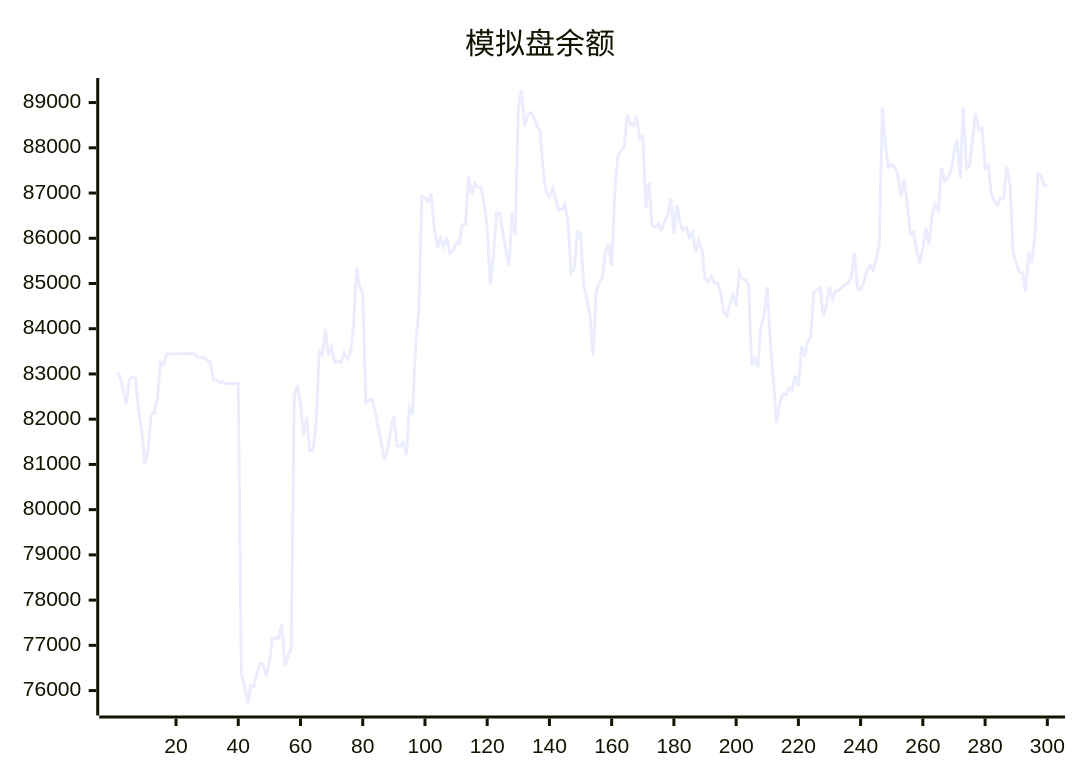
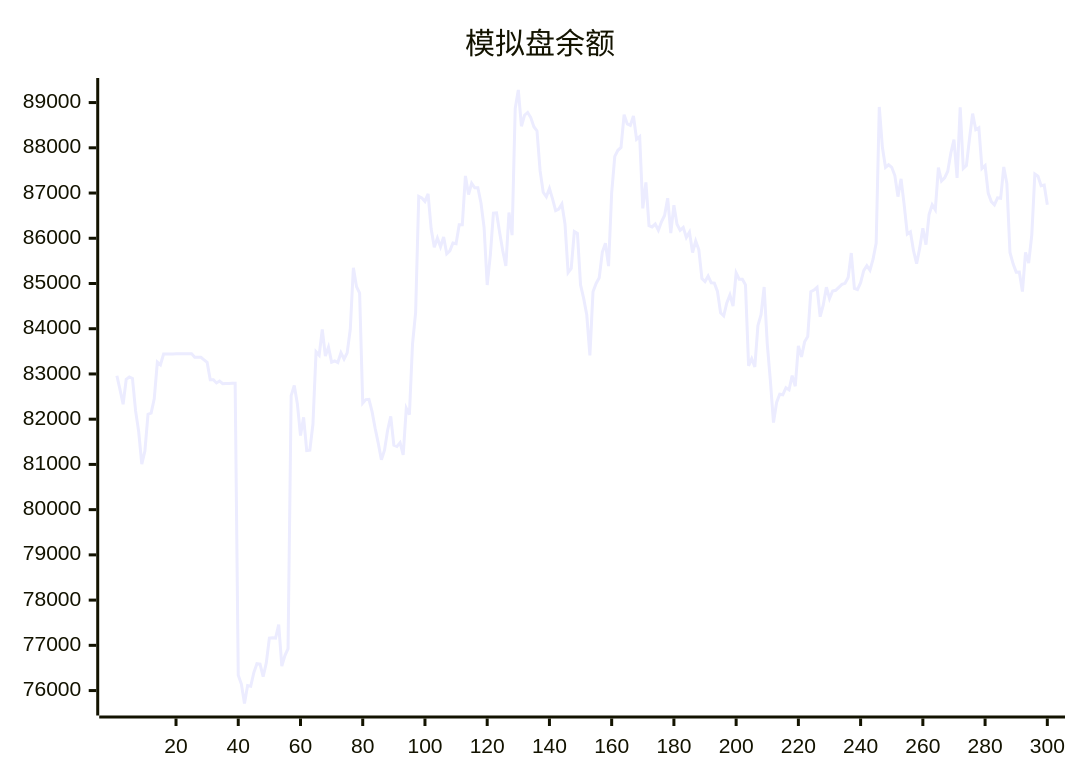
Before and after one commit to aahl/ai-trading: the diagram in README.md, drawn with Mermaid. The commit also changed other lines of this file and 1 other file, not shown here.

````diff
--- a/README.md
+++ b/README.md
@@ -5,5 +5,5 @@
 ```mermaid
 xychart
     title "模拟盘余额"
-    line [83032,82960,82654,82330,82883,82934,82901,82188,81728,81005,81298,82110,82135,82449,83264,83203,83440,83439,83440,83440,83446,83447,83448,83447,83448,83449,83369,83369,83369,83313,83256,82872,82873,82801,82844,82785,82791,82791,82793,82794,76339,76145,75714,76110,76096,76397,76594,76585,76310,76607,77160,77170,77160,77456,76541,76774,76927,82520,82744,82337,81639,82040,81307,81314,81887,83490,83414,83984,83396,83594,83261,83287,83253,83470,83327,83465,83987,85348,84930,84786,82355,82433,82438,82167,81795,81466,81105,81315,81756,82064,81426,81398,81481,81210,82242,82099,83658,84359,86925,86892,86814,86980,86203,85802,86003,85811,86028,85657,85721,85896,85880,86300,86299,87378,86965,87214,87115,87118,86780,86238,84966,85623,86555,86562,86129,85722,85387,86569,86070,88870,89278,88477,88720,88781,88668,88467,88372,87493,87018,86917,87102,86870,86613,86644,86758,86317,85242,85334,86149,86106,84968,84671,84302,83410,84816,85001,85127,85693,85891,85384,87001,87811,87945,88007,88734,88528,88495,88705,88189,88248,86662,87234,86279,86251,86314,86177,86364,86503,86886,86114,86731,86310,86176,86240,86017,86136,85685,85938,85749,85111,85044,85164,85016,85008,84824,84354,84287,84572,84745,84500,85234,85096,85095,84970,83180,83338,83157,84070,84309,84922,83667,82850,81924,82369,82552,82539,82695,82648,82962,82728,83619,83378,83710,83825,84819,84854,84917,84265,84527,84919,84668,84834,84850,84916,84981,85004,85131,85674,84891,84864,85019,85284,85393,85294,85538,85894,88904,88012,87567,87625,87568,87386,86920,87313,86737,86094,86143,85725,85437,85787,86219,85859,86526,86740,86630,87563,87264,87335,87483,87886,88180,87335,88894,87544,87608,88207,88755,88401,88444,87543,87608,87000,86810,86740,86894,86884,87576,87209,85686,85435,85251,85255,84820,85689,85453,86066,87420,87373,87161,87178]
+    line [82960,82654,82330,82883,82934,82901,82188,81728,81005,81298,82110,82135,82449,83264,83203,83440,83439,83440,83440,83446,83447,83448,83447,83448,83449,83369,83369,83369,83313,83256,82872,82873,82801,82844,82785,82791,82791,82793,82794,76339,76145,75714,76110,76096,76397,76594,76585,76310,76607,77160,77170,77160,77456,76541,76774,76927,82520,82744,82337,81639,82040,81307,81314,81887,83490,83414,83984,83396,83594,83261,83287,83253,83470,83327,83465,83987,85348,84930,84786,82355,82433,82438,82167,81795,81466,81105,81315,81756,82064,81426,81398,81481,81210,82242,82099,83658,84359,86925,86892,86814,86980,86203,85802,86003,85811,86028,85657,85721,85896,85880,86300,86299,87378,86965,87214,87115,87118,86780,86238,84966,85623,86555,86562,86129,85722,85387,86569,86070,88870,89278,88477,88720,88781,88668,88467,88372,87493,87018,86917,87102,86870,86613,86644,86758,86317,85242,85334,86149,86106,84968,84671,84302,83410,84816,85001,85127,85693,85891,85384,87001,87811,87945,88007,88734,88528,88495,88705,88189,88248,86662,87234,86279,86251,86314,86177,86364,86503,86886,86114,86731,86310,86176,86240,86017,86136,85685,85938,85749,85111,85044,85164,85016,85008,84824,84354,84287,84572,84745,84500,85234,85096,85095,84970,83180,83338,83157,84070,84309,84922,83667,82850,81924,82369,82552,82539,82695,82648,82962,82728,83619,83378,83710,83825,84819,84854,84917,84265,84527,84919,84668,84834,84850,84916,84981,85004,85131,85674,84891,84864,85019,85284,85393,85294,85538,85894,88904,88012,87567,87625,87568,87386,86920,87313,86737,86094,86143,85725,85437,85787,86219,85859,86526,86740,86630,87563,87264,87335,87483,87886,88180,87335,88894,87544,87608,88207,88755,88401,88444,87543,87608,87000,86810,86740,86894,86884,87576,87209,85686,85435,85251,85255,84820,85689,85453,86066,87420,87373,87161,87178,86740]
 ```
````
